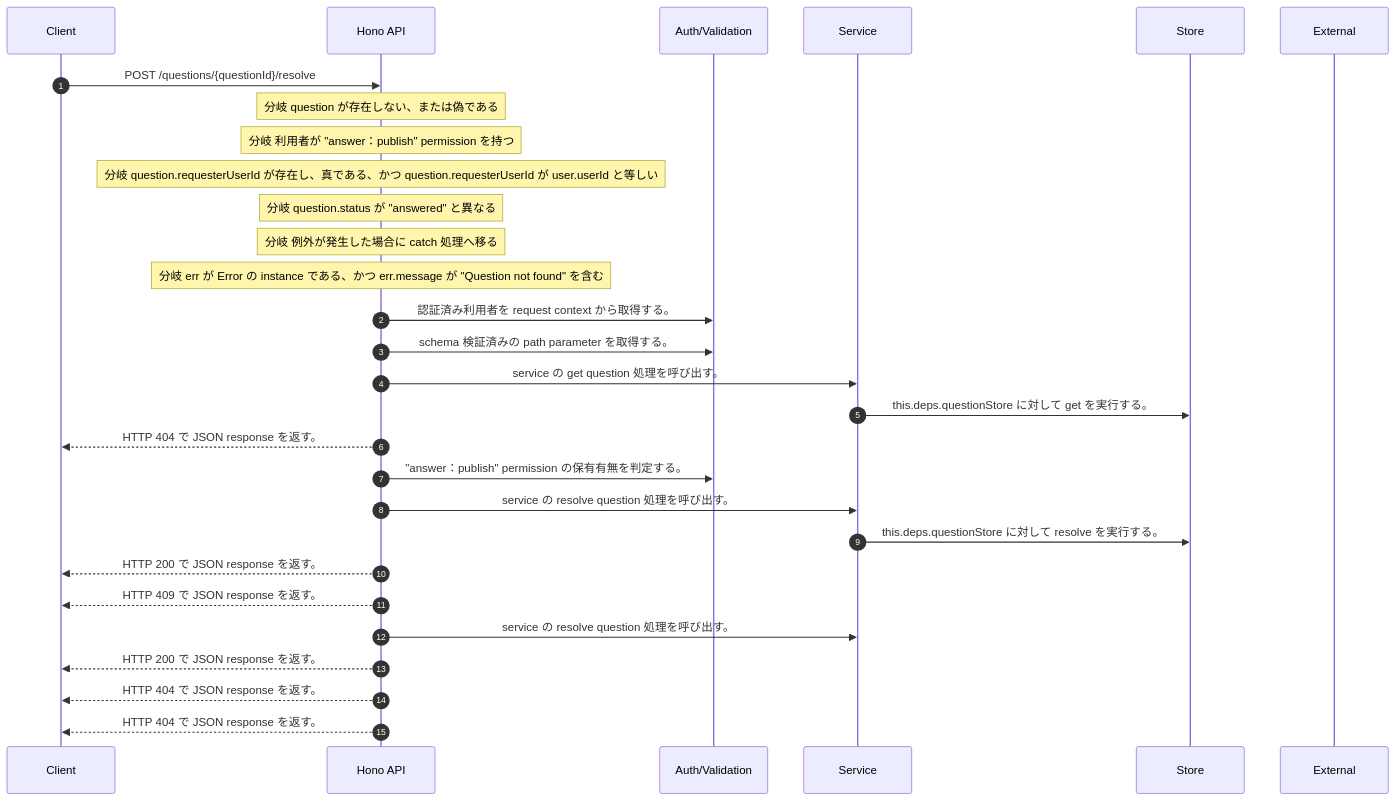
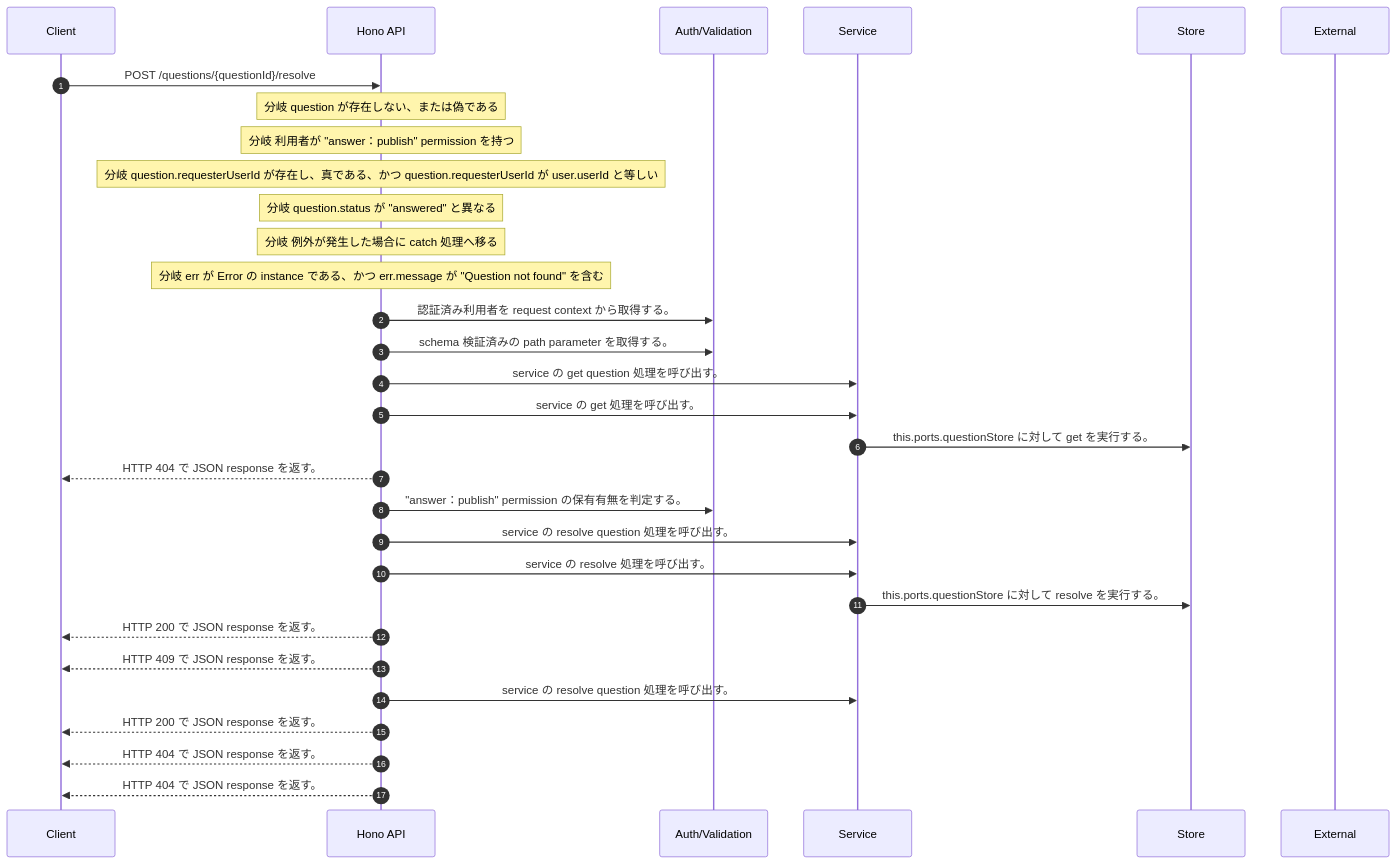
One commit to tsuji-tomonori/rag-assist changed the diagram in docs/generated/api-code/post-questions-questionid-resolve/sequence_gen.md. Above: the diagram before and after it, drawn with Mermaid. The commit also changed other lines of this file and 311 other files, not shown here.

First line of the commit message:
♻️ refactor(api): question lifecycleをnarrow portへ分離

````diff
--- a/docs/generated/api-code/post-questions-questionid-resolve/sequence_gen.md
+++ b/docs/generated/api-code/post-questions-questionid-resolve/sequence_gen.md
@@ -7,31 +7,33 @@
 ```mermaid
 sequenceDiagram
   autonumber
   participant Client as Client
   participant API as Hono API
   participant Auth as Auth/Validation
   participant Service as Service
   participant Store as Store
   participant External as External
   Client->>API: POST /questions/{questionId}/resolve
   Note over API: 分岐 question が存在しない、または偽である
   Note over API: 分岐 利用者が "answer：publish" permission を持つ
   Note over API: 分岐 question.requesterUserId が存在し、真である、かつ question.requesterUserId が user.userId と等しい
   Note over API: 分岐 question.status が "answered" と異なる
   Note over API: 分岐 例外が発生した場合に catch 処理へ移る
   Note over API: 分岐 err が Error の instance である、かつ err.message が "Question not found" を含む
   API->>Auth: 認証済み利用者を request context から取得する。
   API->>Auth: schema 検証済みの path parameter を取得する。
   API->>Service: service の get question 処理を呼び出す。
-  Service->>Store: this.deps.questionStore に対して get を実行する。
+  API->>Service: service の get 処理を呼び出す。
+  Service->>Store: this.ports.questionStore に対して get を実行する。
   API-->>Client: HTTP 404 で JSON response を返す。
   API->>Auth: "answer：publish" permission の保有有無を判定する。
   API->>Service: service の resolve question 処理を呼び出す。
-  Service->>Store: this.deps.questionStore に対して resolve を実行する。
+  API->>Service: service の resolve 処理を呼び出す。
+  Service->>Store: this.ports.questionStore に対して resolve を実行する。
   API-->>Client: HTTP 200 で JSON response を返す。
   API-->>Client: HTTP 409 で JSON response を返す。
   API->>Service: service の resolve question 処理を呼び出す。
   API-->>Client: HTTP 200 で JSON response を返す。
   API-->>Client: HTTP 404 で JSON response を返す。
   API-->>Client: HTTP 404 で JSON response を返す。
 ```
````
